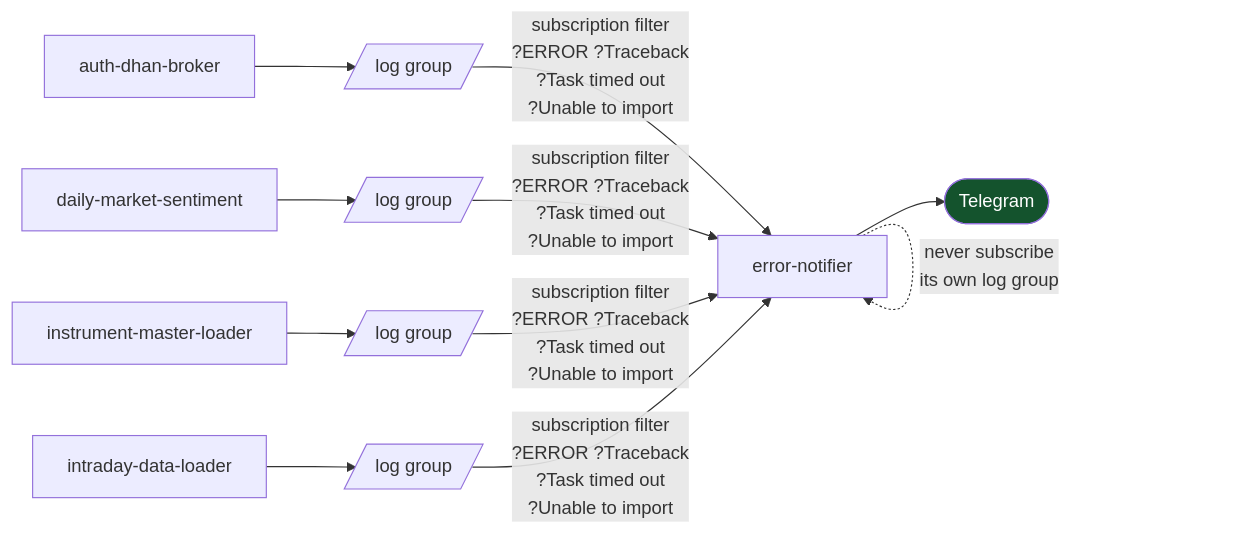
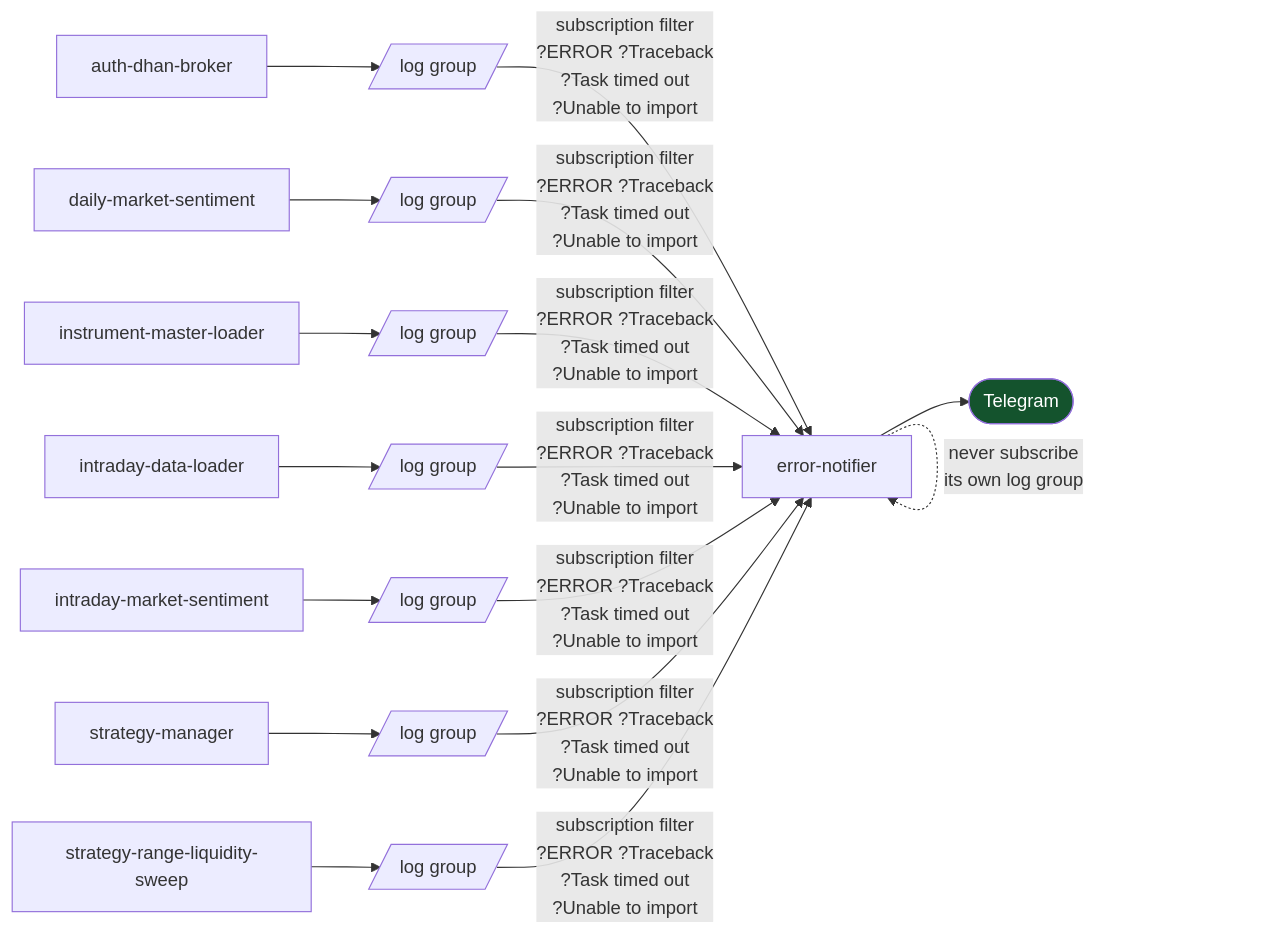
Before and after one commit to amar7585/aws-algo-claude: the seventh of 7 diagrams in docs/flow.md, drawn with Mermaid. The commit also changed other lines of this file and 1 other file, not shown here.

````diff
--- a/docs/flow.md
+++ b/docs/flow.md
@@ -221,13 +394,16 @@
 ```mermaid
 flowchart LR
     F1["auth-dhan-broker"] --> LG1[/"log group"/]
     F2["daily-market-sentiment"] --> LG2[/"log group"/]
     F3["instrument-master-loader"] --> LG3[/"log group"/]
     F4["intraday-data-loader"] --> LG4[/"log group"/]
+    F5["intraday-market-sentiment"] --> LG5[/"log group"/]
+    F6["strategy-manager"] --> LG6[/"log group"/]
+    F7["strategy-range-liquidity-sweep"] --> LG7[/"log group"/]
 
-    LG1 & LG2 & LG3 & LG4 -->|"subscription filter<br/>?ERROR ?Traceback<br/>?Task timed out<br/>?Unable to import"| EN["error-notifier"]
+    LG1 & LG2 & LG3 & LG4 & LG5 & LG6 & LG7 -->|"subscription filter<br/>?ERROR ?Traceback<br/>?Task timed out<br/>?Unable to import"| EN["error-notifier"]
     EN --> TG(["Telegram"])
     EN -.->|"never subscribe<br/>its own log group"| EN
 
     style TG fill:#14532d,color:#fff
 ```
````
